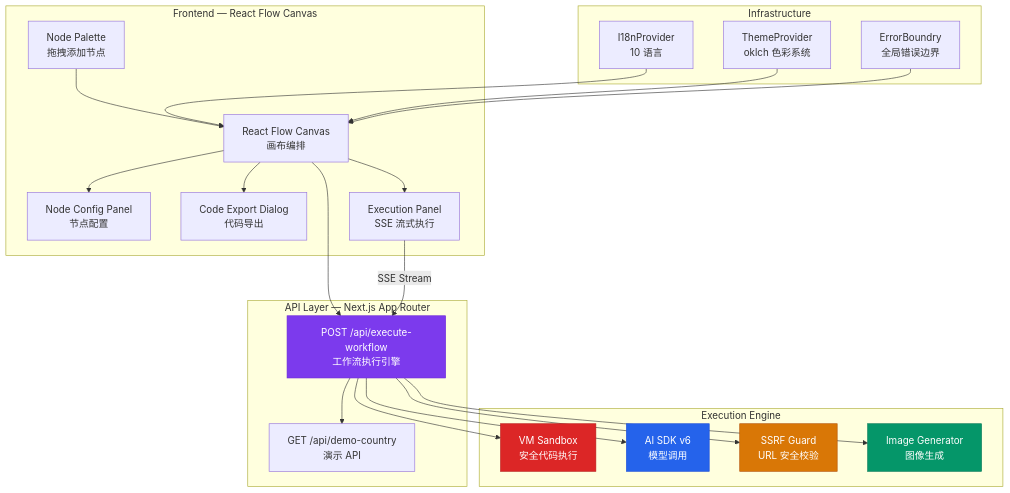
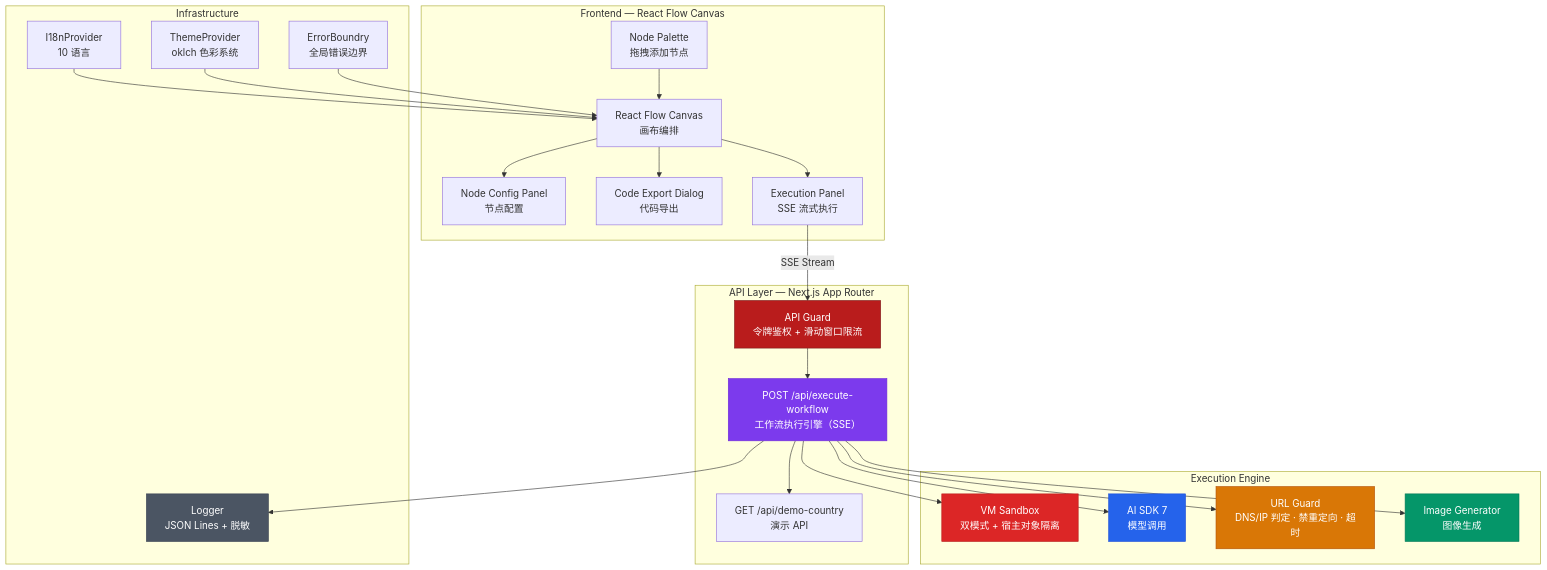
The first of 2 diagrams in README.md (YYC-Cube/YYC3-Agent-Builder), drawn with Mermaid before and after one commit. The commit also changed other lines of this file and 109 other files, not shown here.

````diff
--- a/README.md
+++ b/README.md
@@ -73,44 +76,49 @@
 ```mermaid
 graph TB
     subgraph "Frontend — React Flow Canvas"
         NP[Node Palette<br/>拖拽添加节点] --> RC[React Flow Canvas<br/>画布编排]
         RC --> NCP[Node Config Panel<br/>节点配置]
         RC --> CD[Code Export Dialog<br/>代码导出]
         RC --> EP[Execution Panel<br/>SSE 流式执行]
     end
 
     subgraph "API Layer — Next.js App Router"
-        EW["POST /api/execute-workflow<br/>工作流执行引擎"]
+        AG[API Guard<br/>令牌鉴权 + 滑动窗口限流]
+        EW["POST /api/execute-workflow<br/>工作流执行引擎（SSE）"]
         DC["GET /api/demo-country<br/>演示 API"]
     end
 
     subgraph "Execution Engine"
-        SE[VM Sandbox<br/>安全代码执行]
-        AI[AI SDK v6<br/>模型调用]
-        SR[SSRF Guard<br/>URL 安全校验]
+        SE[VM Sandbox<br/>双模式 + 宿主对象隔离]
+        AI[AI SDK 7<br/>模型调用]
+        SR[URL Guard<br/>DNS/IP 判定 · 禁重定向 · 超时]
         IM[Image Generator<br/>图像生成]
     end
 
     subgraph "Infrastructure"
         I18N[I18nProvider<br/>10 语言]
         TH[ThemeProvider<br/>oklch 色彩系统]
         EB[ErrorBoundry<br/>全局错误边界]
+        LOG[Logger<br/>JSON Lines + 脱敏]
     end
 
-    RC --> EW
-    EP -- SSE Stream --> EW
+    EP -- SSE Stream --> AG
+    AG --> EW
     EW --> SE
     EW --> AI
     EW --> SR
     EW --> IM
     EW --> DC
+    EW --> LOG
     I18N --> RC
     TH --> RC
     EB --> RC
 
     style EW fill:#7C3AED,color:#fff,stroke:#6D28D9
+    style AG fill:#B91C1C,color:#fff,stroke:#7F1D1D
     style SE fill:#DC2626,color:#fff,stroke:#B91C1C
     style AI fill:#2563EB,color:#fff,stroke:#1D4ED8
     style SR fill:#D97706,color:#fff,stroke:#B45309
     style IM fill:#059669,color:#fff,stroke:#047857
+    style LOG fill:#4B5563,color:#fff,stroke:#374151
 ```
````
